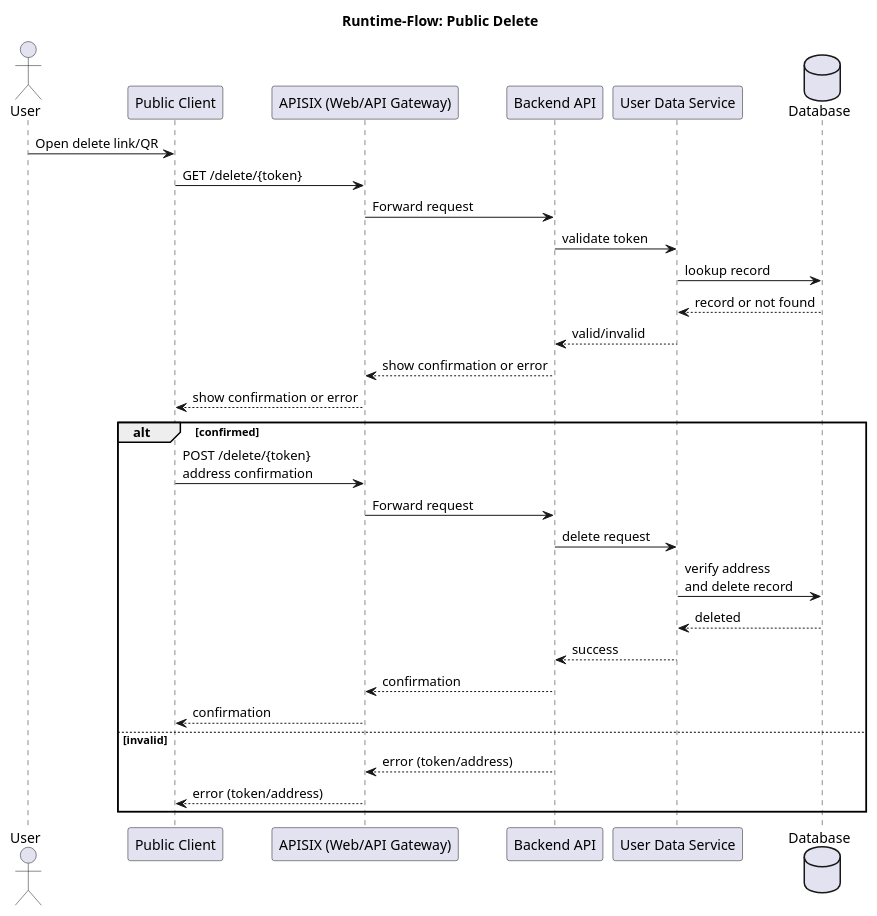
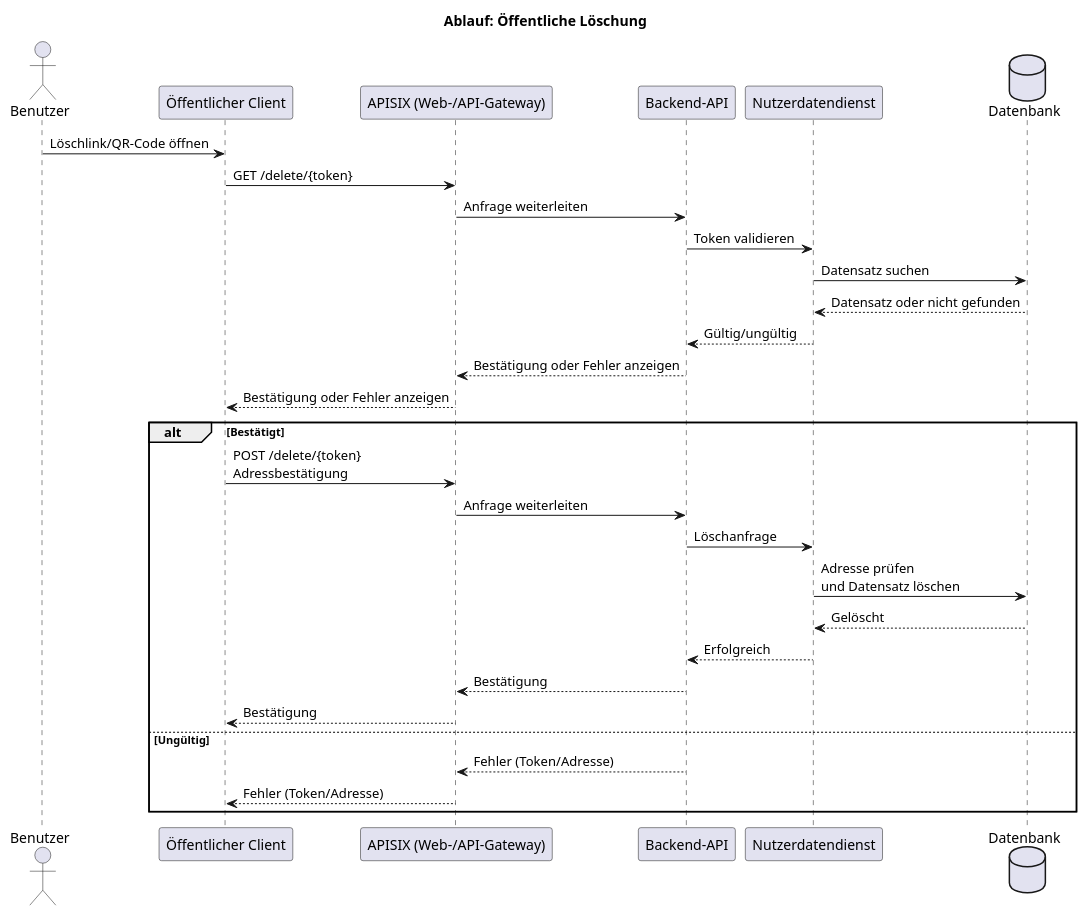
One commit to csi-FOXBYTE/Regensburg_DigitalerEnergieZwilling_Backend changed the diagram in docs/architecture/raw/runtime-flow-delete.puml. Above: the diagram before and after it, drawn with PlantUML. The commit also changed 61 other files, not shown here.

Commit message:
docs: update roadmap, update internal references

```diff
--- a/docs/architecture/raw/runtime-flow-delete.puml
+++ b/docs/architecture/raw/runtime-flow-delete.puml
@@ -1,35 +1,35 @@
 @startuml
-title Runtime-Flow: Public Delete
+title Ablauf: Öffentliche Löschung
 
-actor User
-participant "Public Client" as client
-participant "APISIX (Web/API Gateway)" as gateway
-participant "Backend API" as api
-participant "User Data Service" as uds
-database "Database" as db
+actor Benutzer
+participant "Öffentlicher Client" as client
+participant "APISIX (Web-/API-Gateway)" as gateway
+participant "Backend-API" as api
+participant "Nutzerdatendienst" as uds
+database "Datenbank" as db
 
-User -> client : Open delete link/QR
+Benutzer -> client : Löschlink/QR-Code öffnen
 client -> gateway : GET /delete/{token}
-gateway -> api : Forward request
-api -> uds : validate token
-uds -> db : lookup record
-db --> uds : record or not found
-uds --> api : valid/invalid
-api --> gateway : show confirmation or error
-gateway --> client : show confirmation or error
+gateway -> api : Anfrage weiterleiten
+api -> uds : Token validieren
+uds -> db : Datensatz suchen
+db --> uds : Datensatz oder nicht gefunden
+uds --> api : Gültig/ungültig
+api --> gateway : Bestätigung oder Fehler anzeigen
+gateway --> client : Bestätigung oder Fehler anzeigen
 
-alt confirmed
-  client -> gateway : POST /delete/{token}\naddress confirmation
-  gateway -> api : Forward request
-  api -> uds : delete request
-  uds -> db : verify address\nand delete record
-  db --> uds : deleted
-  uds --> api : success
-  api --> gateway : confirmation
-  gateway --> client : confirmation
-else invalid
-  api --> gateway : error (token/address)
-  gateway --> client : error (token/address)
+alt Bestätigt
+  client -> gateway : POST /delete/{token}\nAdressbestätigung
+  gateway -> api : Anfrage weiterleiten
+  api -> uds : Löschanfrage
+  uds -> db : Adresse prüfen\nund Datensatz löschen
+  db --> uds : Gelöscht
+  uds --> api : Erfolgreich
+  api --> gateway : Bestätigung
+  gateway --> client : Bestätigung
+else Ungültig
+  api --> gateway : Fehler (Token/Adresse)
+  gateway --> client : Fehler (Token/Adresse)
 end
 
 @enduml
```
